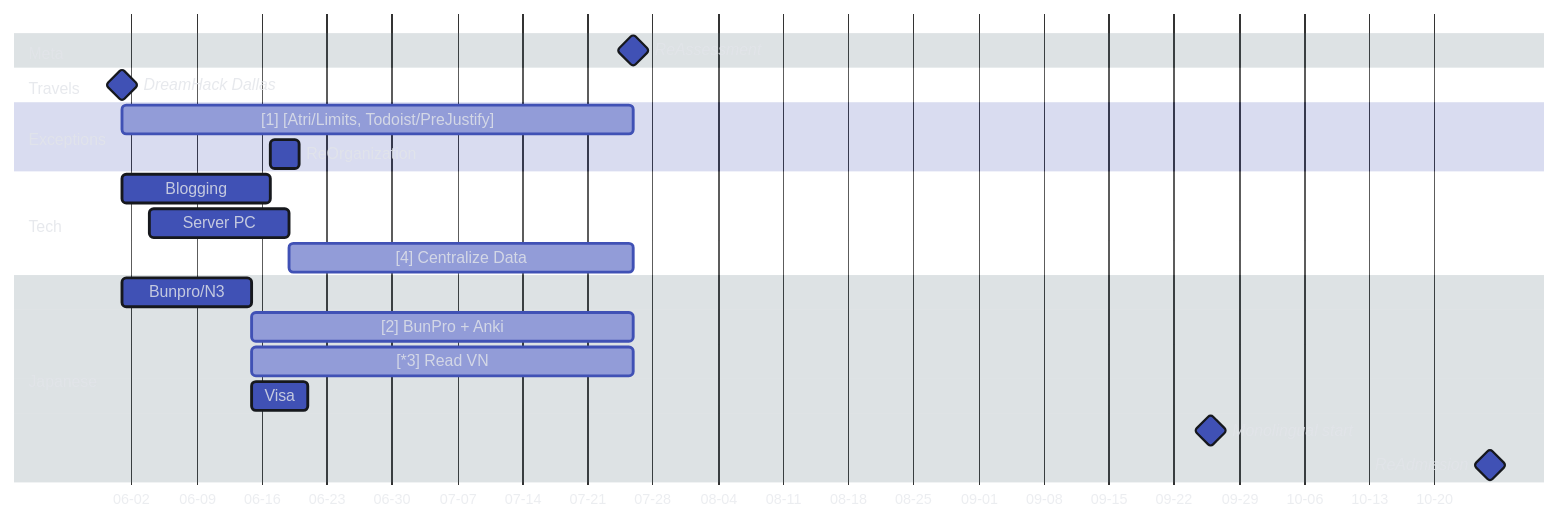
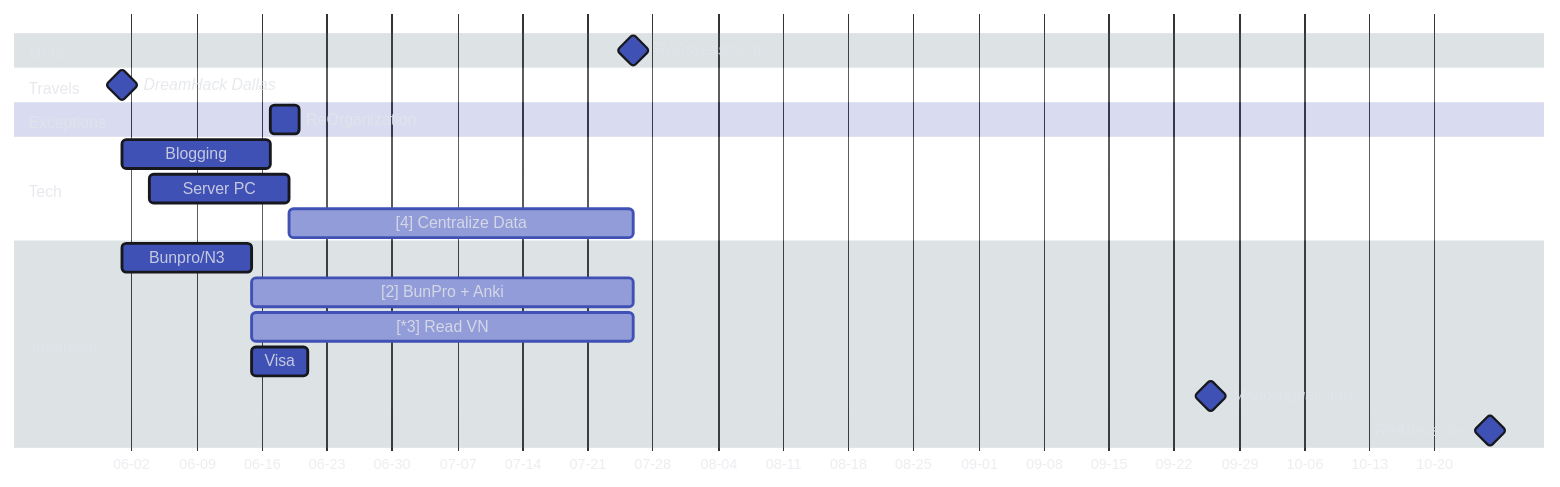
One commit to Serralq/Project-Norn changed the first of 2 diagrams in docs/index.md. Above: the diagram before and after it, drawn with Mermaid. The commit also changed other lines of this file, not shown here.

Commit message:
Remove todoist from projects
Before everything was handled as if a project and then become a mobile
task, but now for non-enumerated sections (aka exceptions), starts as a
mobile task that becomes a project.

Allows for more freq checking of justification from a skippable daily to
every single task as this is where the exception tasks are in general
completed in.

````diff
--- a/docs/index.md
+++ b/docs/index.md
@@ -40,42 +40,42 @@
     ``` mermaid
     %%{
       init: {
         'theme': 'base',
         'themeVariables': {
           'darkMode': 'true',
           'fontFamily': 'hermit',
           'primaryColor': '#4051b5',
           'primaryBorderColor': '#16181D',
           'tertiaryColor': '#546d78',
           'tertiaryTextColor': '#E2E4E9D1',
           'textColor': '#E2E4E9D1',
           'noteTextColor': '#E2E4E9D1'
         }
       }
     }%%
     gantt
       dateFormat YY-MM-DD
       axisFormat %m-%d
       tickInterval 1week
       todayMarker stroke-width:3px,stroke:#E2E4E9,opacity:0.5
       section Meta
         ReAssessment              :milestone,  m1, 24-07-26, 0d
       section Travels
         DreamHack Dallas          :milestone,  v1 , 24-06-01, 0d
       section Exceptions
-        [1] [Atri/Limits, Todoist/PreJustify]            :active,     m2 , 24-06-01, until m1
+
         ReOrganization            :            m3 , 24-06-17, 24-06-20
       section Tech
         Blogging                  :            t1 , 24-06-01, 24-06-17
         Server PC                 :            t2 , 24-06-04, 24-06-19
         [4] Centralize Data           :active,     t3 , 24-06-19, until m1
       section Japanese
         Bunpro/N3                 :            j1 , 24-06-01, 24-06-15
         [2] BunPro + Anki             :active,     j2 , after j1, until m1
         [*3] Read VN                  :active,     j3 , after j1, until m1
         Visa                      :            j4 , 24-06-15, 24-06-21
         %% Futures
         Monolingual start         :milestone,  j11, 24-09-26, 0d
         ReAdmission               :milestone,  j10, 24-10-26, 0d
       section Stationaries
     ```
````
